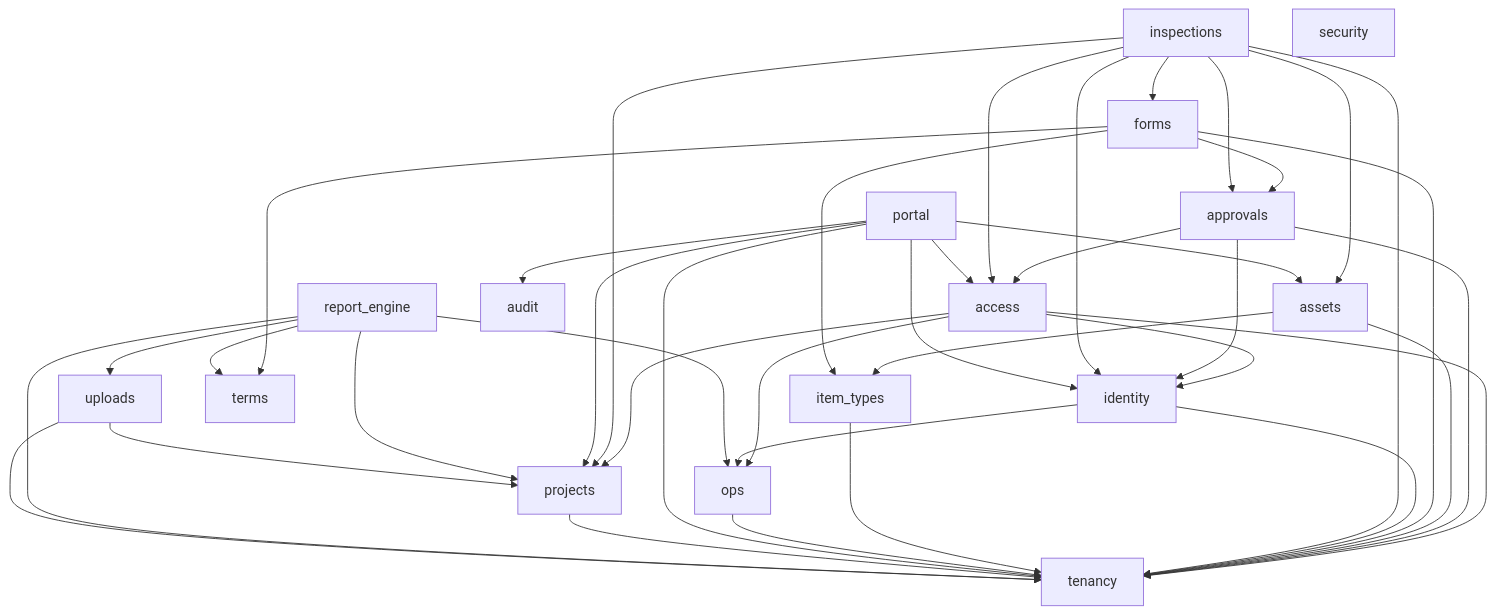
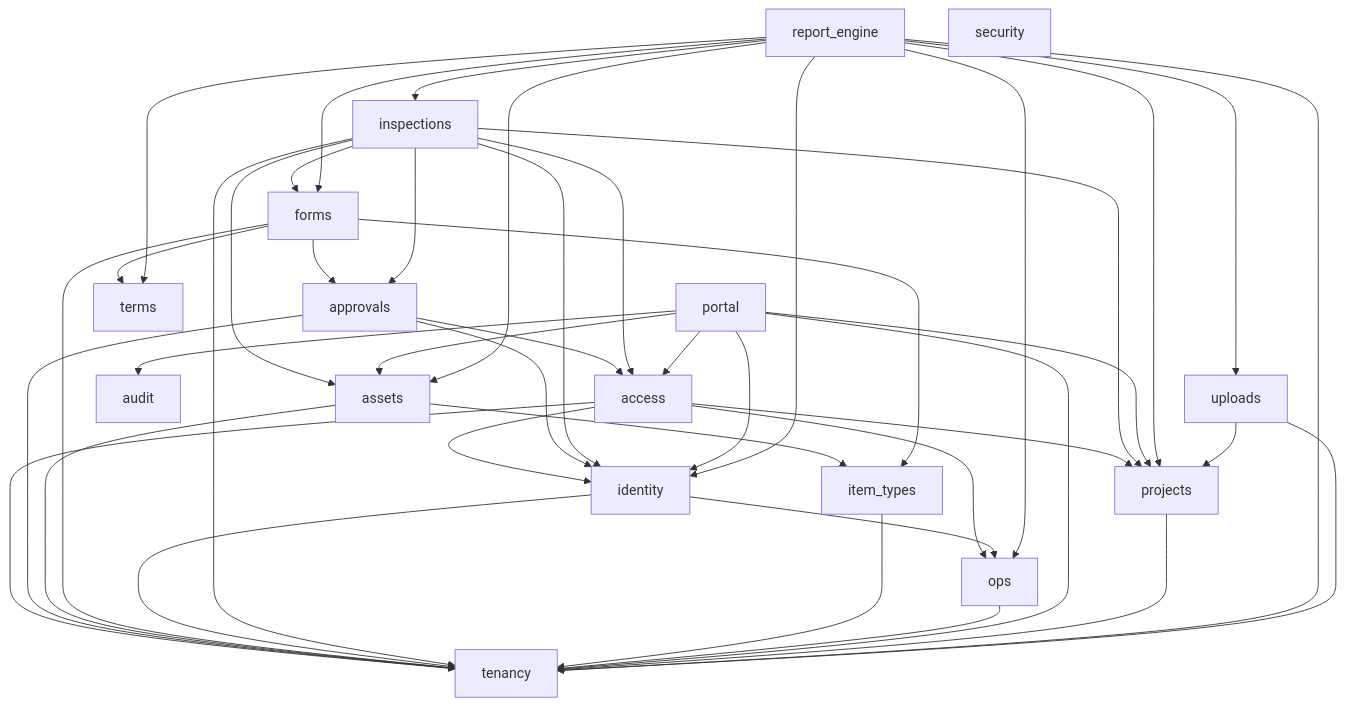
Before and after one commit to kingdonk-ops/Project-AIP: the diagram in docs/architecture/module-map.md, drawn with Mermaid. The commit also changed other lines of this file and 33 other files, not shown here.

````diff
--- a/docs/architecture/module-map.md
+++ b/docs/architecture/module-map.md
@@ -31,45 +31,49 @@
 ```mermaid
 graph TD
     access --> identity
     access --> ops
     access --> projects
     access --> tenancy
     approvals --> access
     approvals --> identity
     approvals --> tenancy
     assets --> item_types
     assets --> tenancy
     audit
     forms --> approvals
     forms --> item_types
     forms --> tenancy
     forms --> terms
     identity --> ops
     identity --> tenancy
     inspections --> access
     inspections --> approvals
     inspections --> assets
     inspections --> forms
     inspections --> identity
     inspections --> projects
     inspections --> tenancy
     item_types --> tenancy
     ops --> tenancy
     portal --> access
     portal --> assets
     portal --> audit
     portal --> identity
     portal --> projects
     portal --> tenancy
     projects --> tenancy
+    report_engine --> assets
+    report_engine --> forms
+    report_engine --> identity
+    report_engine --> inspections
     report_engine --> ops
     report_engine --> projects
     report_engine --> tenancy
     report_engine --> terms
     report_engine --> uploads
     security
     tenancy
     terms
     uploads --> projects
     uploads --> tenancy
 ```
````
